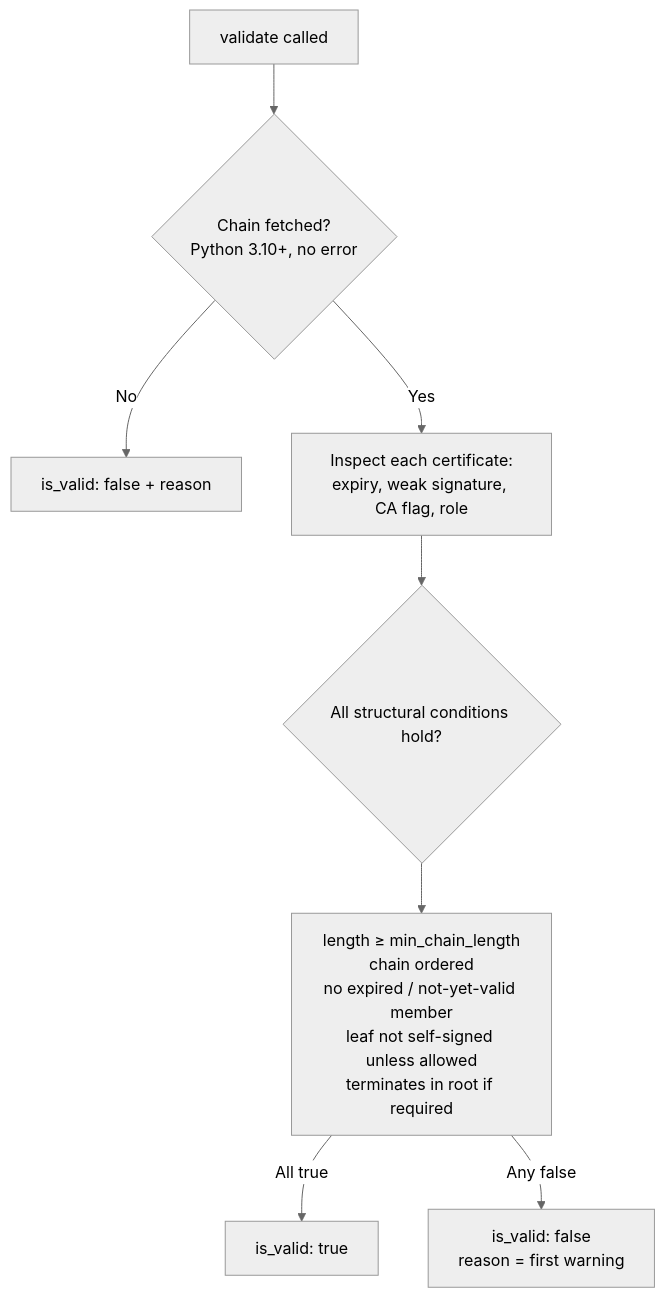
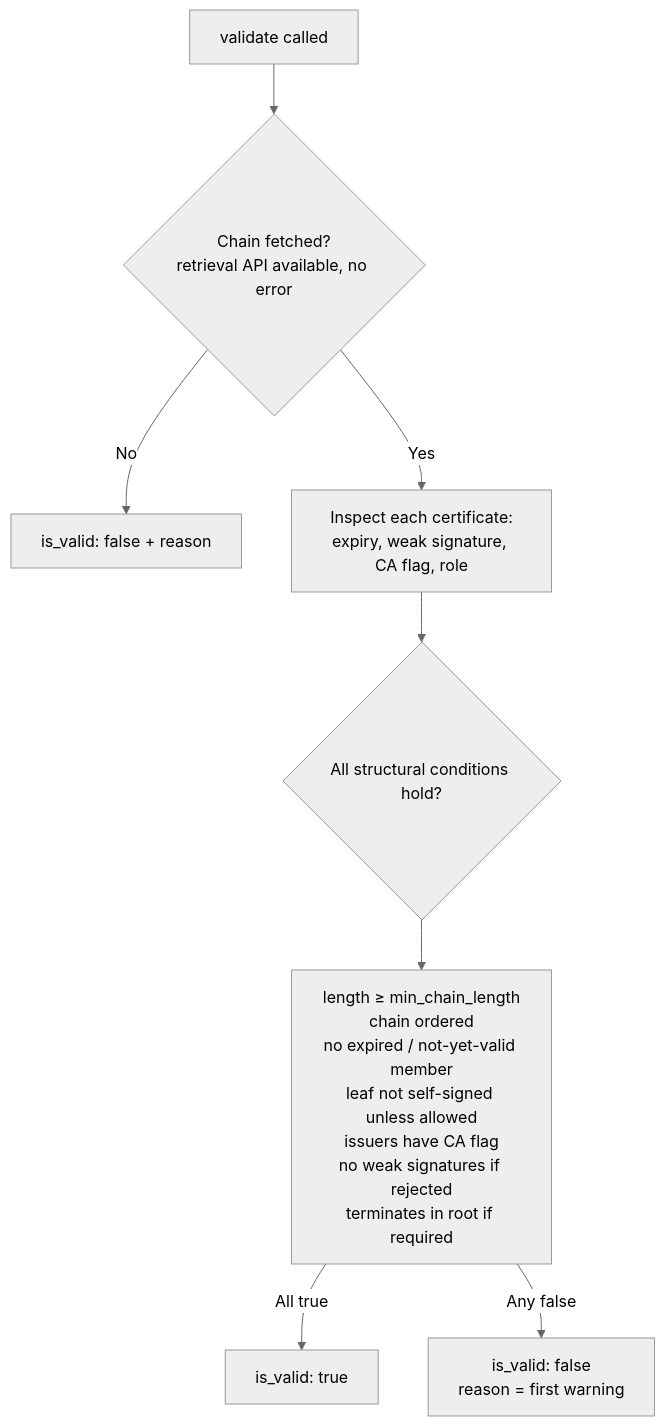
Before and after one commit to bradh11/certmonitor: the diagram in docs/validators/chain.md, drawn with Mermaid (neutral theme). The commit also changed other lines of this file and 82 other files, not shown here.

````diff
--- a/docs/validators/chain.md
+++ b/docs/validators/chain.md
@@ -44,10 +42,10 @@
 ```mermaid
 flowchart TD
-    A[validate called] --> B{Chain fetched?<br/>Python 3.10+, no error}
+    A[validate called] --> B{Chain fetched?<br/>retrieval API available, no error}
     B -- No --> Z["is_valid: false + reason"]
     B -- Yes --> C[Inspect each certificate:<br/>expiry, weak signature, CA flag, role]
     C --> D{All structural conditions hold?}
-    D --> D1["length &ge; min_chain_length<br/>chain ordered<br/>no expired / not-yet-valid member<br/>leaf not self-signed unless allowed<br/>terminates in root if required"]
+    D --> D1["length &ge; min_chain_length<br/>chain ordered<br/>no expired / not-yet-valid member<br/>leaf not self-signed unless allowed<br/>issuers have CA flag<br/>no weak signatures if rejected<br/>terminates in root if required"]
     D1 -- All true --> G["is_valid: true"]
     D1 -- Any false --> H["is_valid: false<br/>reason = first warning"]
 ```
````
